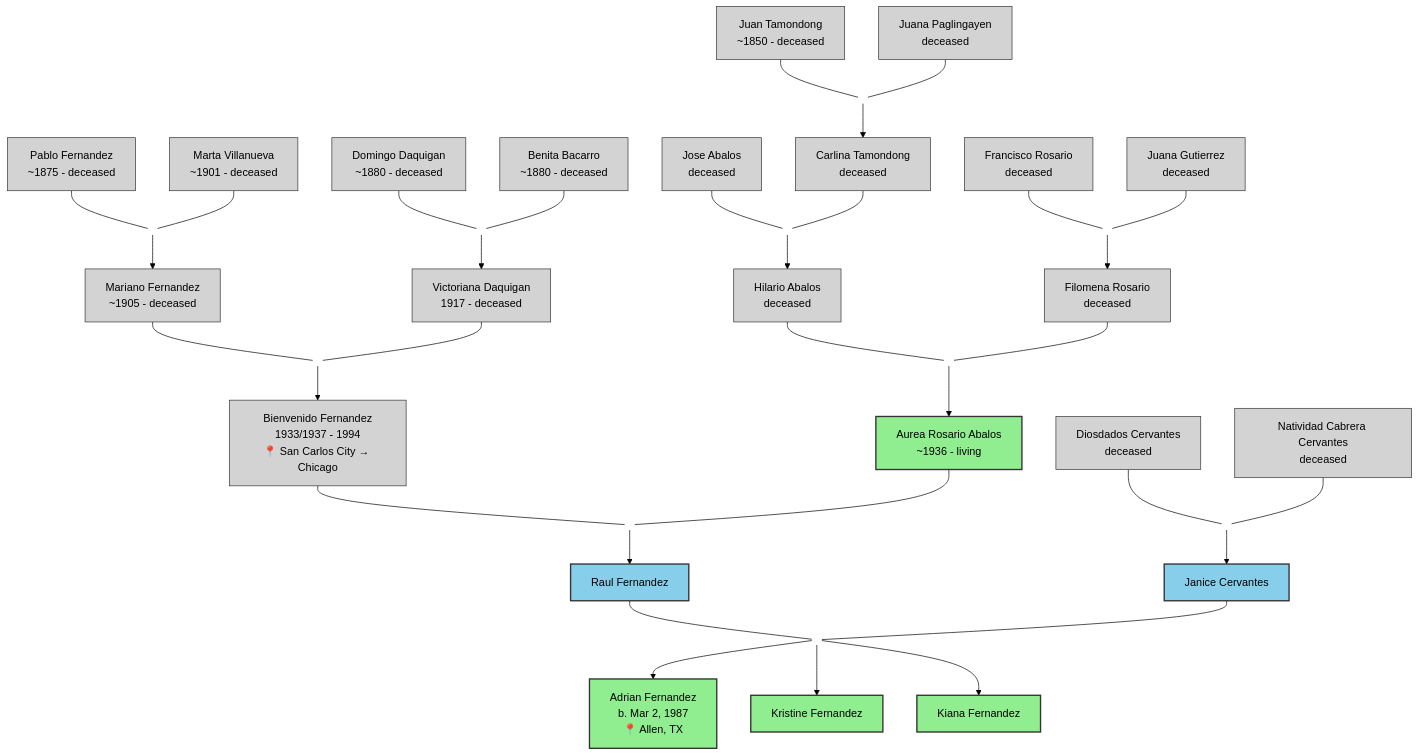
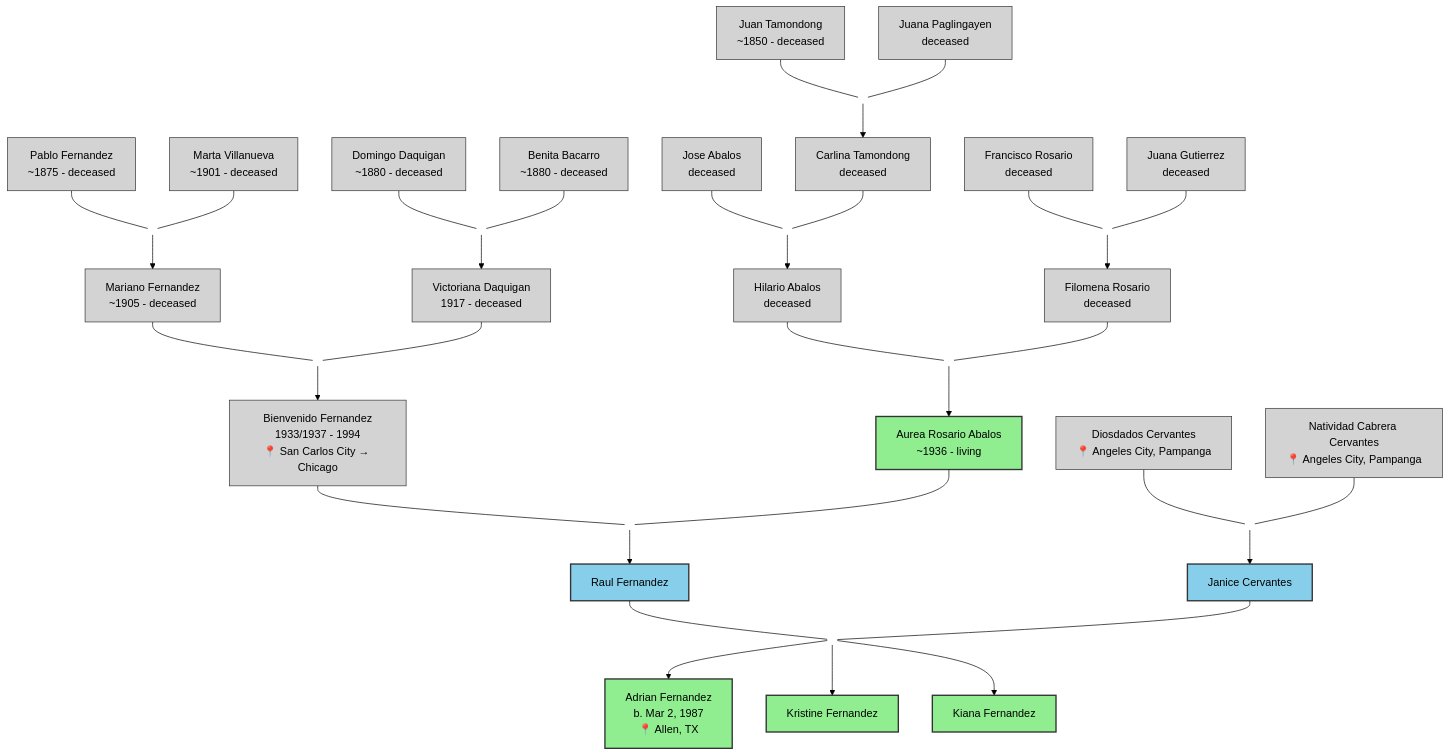
Before and after one commit to Desmond-Adrian-Assistant/fernandez-family-tree: the diagram in family-tree.md, drawn with Mermaid (forest theme). The commit also changed other lines of this file and 2 other files, not shown here.

Commit message:
Cervantes/Cabrera from Angeles City, Pampanga - Janice has siblings still there

````diff
--- a/family-tree.md
+++ b/family-tree.md
@@ -3,74 +3,74 @@
 ```mermaid
 graph TD
     %% === FERNANDEZ SIDE (Father's) ===
     
     %% Great-Great-Great Grandparents
     JT["Juan Tamondong<br/>~1850 - deceased"] --- JT_JP
     JPag["Juana Paglingayen<br/>deceased"] --- JT_JP
     JT_JP((" ")) --> CT
 
     %% Great-Great Grandparents - Fernandez Line
     PF["Pablo Fernandez<br/>~1875 - deceased"] --- PF_MV
     MV["Marta Villanueva<br/>~1901 - deceased"] --- PF_MV
     PF_MV((" ")) --> MaF
 
     %% Great-Great Grandparents - Daquigan Line
     DD["Domingo Daquigan<br/>~1880 - deceased"] --- DD_BB
     BB["Benita Bacarro<br/>~1880 - deceased"] --- DD_BB
     DD_BB((" ")) --> VD
 
     %% Great-Great Grandparents - Abalos Line
     JA["Jose Abalos<br/>deceased"] --- JA_CT
     CT["Carlina Tamondong<br/>deceased"] --- JA_CT
     JA_CT((" ")) --> HA
 
     %% Great-Great Grandparents - Rosario Line
     FR["Francisco Rosario<br/>deceased"] --- FR_JG
     JGut["Juana Gutierrez<br/>deceased"] --- FR_JG
     FR_JG((" ")) --> FilR
 
     %% Great Grandparents - Fernandez
     MaF["Mariano Fernandez<br/>~1905 - deceased"] --- MaF_VD
     VD["Victoriana Daquigan<br/>1917 - deceased"] --- MaF_VD
     MaF_VD((" ")) --> BF
 
     %% Great Grandparents - Abalos
     HA["Hilario Abalos<br/>deceased"] --- HA_FR
     FilR["Filomena Rosario<br/>deceased"] --- HA_FR
     HA_FR((" ")) --> ARA
 
     %% Grandparents - Fernandez
     BF["Bienvenido Fernandez<br/>1933/1937 - 1994<br/>📍 San Carlos City → Chicago"] --- BF_ARA
     ARA["Aurea Rosario Abalos<br/>~1936 - living"] --- BF_ARA
     BF_ARA((" ")) --> RF
 
     %% === CERVANTES SIDE (Mother's) ===
     
     %% Grandparents - Cervantes
-    DC["Diosdados Cervantes<br/>deceased"] --- DC_NC
-    NC["Natividad Cabrera Cervantes<br/>deceased"] --- DC_NC
+    DC["Diosdados Cervantes<br/>📍 Angeles City, Pampanga"] --- DC_NC
+    NC["Natividad Cabrera Cervantes<br/>📍 Angeles City, Pampanga"] --- DC_NC
     DC_NC((" ")) --> JC
 
     %% Parents
     RF["Raul Fernandez"] --- RF_JC
     JC["Janice Cervantes"] --- RF_JC
     RF_JC((" ")) --> AF
     RF_JC((" ")) --> KF
     RF_JC((" ")) --> KiF
 
     %% Children
     AF["Adrian Fernandez<br/>b. Mar 2, 1987<br/>📍 Allen, TX"]
     KF["Kristine Fernandez"]
     KiF["Kiana Fernandez"]
 
     %% Styling
     classDef living fill:#90EE90,stroke:#333,stroke-width:2px
     classDef deceased fill:#D3D3D3,stroke:#333,stroke-width:1px
     classDef current fill:#87CEEB,stroke:#333,stroke-width:2px
     classDef connector fill:none,stroke:none
 
     class ARA,AF,KF,KiF living
     class JT,JPag,PF,MV,DD,BB,JA,CT,FR,JGut,MaF,VD,HA,FilR,BF,DC,NC deceased
     class RF,JC current
     class JT_JP,PF_MV,DD_BB,JA_CT,FR_JG,MaF_VD,HA_FR,BF_ARA,DC_NC,RF_JC connector
 ```
````
